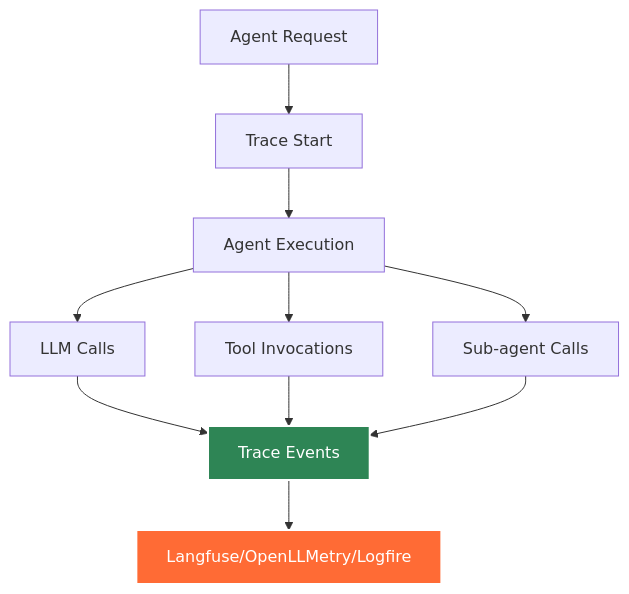
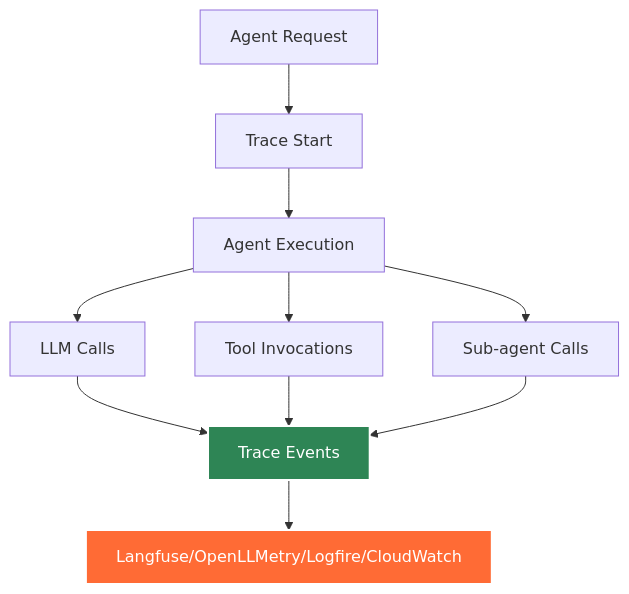
The diagram in docs/docs/advanced/traceability.md (yaalalabs/agent-kernel), drawn with Mermaid before and after one commit. The commit also changed other lines of this file and 47 other files, not shown here.

Commit message:
feat(cloudwatch): add AWS CloudWatch tracing support with configuration and demo

````diff
--- a/docs/docs/advanced/traceability.md
+++ b/docs/docs/advanced/traceability.md
@@ -13,15 +13,15 @@
 ```mermaid
 graph TB
     A[Agent Request] --> B[Trace Start]
     B --> C[Agent Execution]
     C --> D[LLM Calls]
     C --> E[Tool Invocations]
     C --> F[Sub-agent Calls]
     D --> G[Trace Events]
     E --> G
     F --> G
-    G --> H[Langfuse/OpenLLMetry/Logfire]
+    G --> H[Langfuse/OpenLLMetry/Logfire/CloudWatch]
     
     style G fill:#2e8555,stroke:#fff,stroke-width:2px,color:#fff
     style H fill:#ff6b35,stroke:#fff,stroke-width:2px,color:#fff
 ```
````
